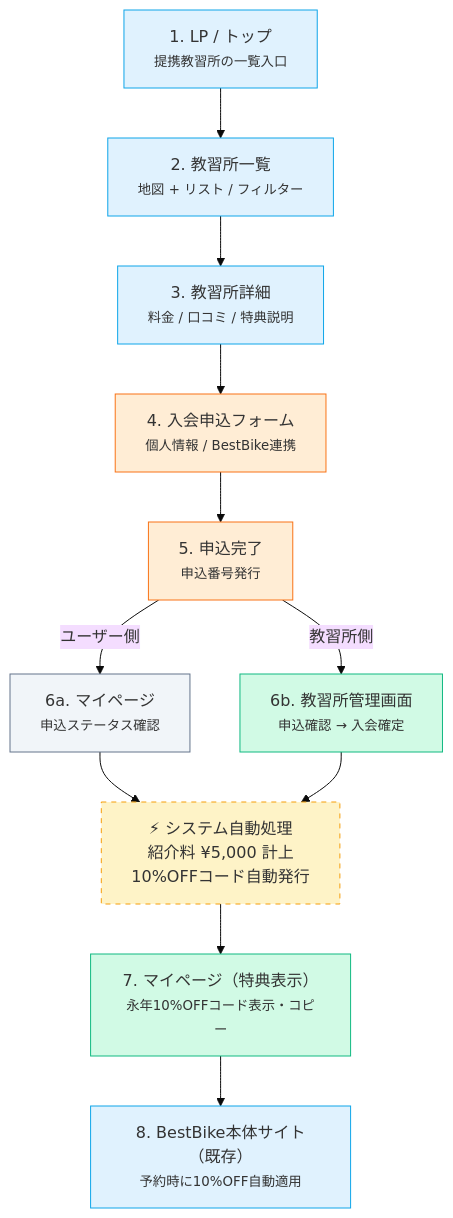
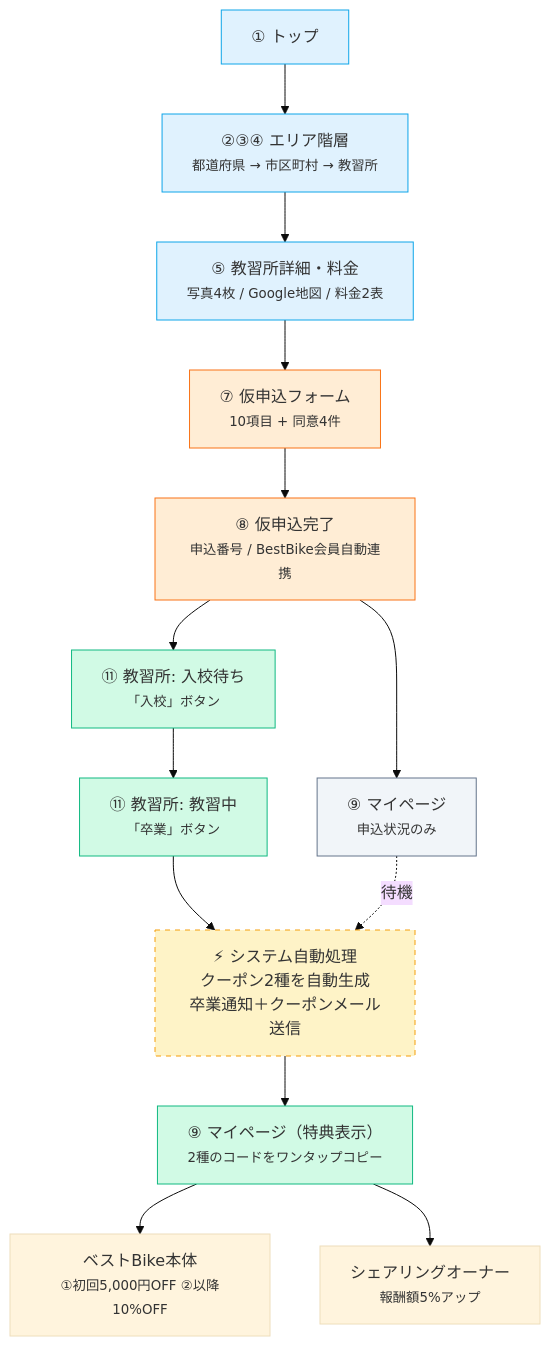
Before and after one commit to Sho0922/bestbike_matching-: the second of 3 diagrams in docs/02_screen-spec.md, drawn with Mermaid (base theme). The commit also changed other lines of this file and 10 other files, not shown here.

````diff
--- a/docs/02_screen-spec.md
+++ b/docs/02_screen-spec.md
@@ -44,31 +56,32 @@
 ```mermaid
 flowchart TD
-  S1["1. LP / トップ<br/><small>提携教習所の一覧入口</small>"]
-  S2["2. 教習所一覧<br/><small>地図 + リスト / フィルター</small>"]
-  S3["3. 教習所詳細<br/><small>料金 / 口コミ / 特典説明</small>"]
-  S4["4. 入会申込フォーム<br/><small>個人情報 / BestBike連携</small>"]
-  S5["5. 申込完了<br/><small>申込番号発行</small>"]
-  S6a["6a. マイページ<br/><small>申込ステータス確認</small>"]
-  S6b["6b. 教習所管理画面<br/><small>申込確認 → 入会確定</small>"]
-  AUTO["⚡ システム自動処理<br/>紹介料 ¥5,000 計上<br/>10%OFFコード自動発行"]
-  S7["7. マイページ（特典表示）<br/><small>永年10%OFFコード表示・コピー</small>"]
-  S8["8. BestBike本体サイト（既存）<br/><small>予約時に10%OFF自動適用</small>"]
+  S1["① トップ"]
+  S2["②③④ エリア階層<br/><small>都道府県 → 市区町村 → 教習所</small>"]
+  S3["⑤ 教習所詳細・料金<br/><small>写真4枚 / Google地図 / 料金2表</small>"]
+  S4["⑦ 仮申込フォーム<br/><small>10項目 + 同意4件</small>"]
+  S5["⑧ 仮申込完了<br/><small>申込番号 / BestBike会員自動連携</small>"]
+  S6["⑨ マイページ<br/><small>申込状況のみ</small>"]
+  SS1["⑪ 教習所: 入校待ち<br/><small>「入校」ボタン</small>"]
+  SS2["⑪ 教習所: 教習中<br/><small>「卒業」ボタン</small>"]
+  AUTO["⚡ システム自動処理<br/>クーポン2種を自動生成<br/>卒業通知＋クーポンメール送信"]
+  S7["⑨ マイページ（特典表示）<br/><small>2種のコードをワンタップコピー</small>"]
+  S8["ベストBike本体<br/><small>①初回5,000円OFF ②以降10%OFF</small>"]
+  S9["シェアリングオーナー<br/><small>報酬額5%アップ</small>"]
 
-  S1 --> S2 --> S3 --> S4 --> S5
-  S5 -->|ユーザー側| S6a
-  S5 -->|教習所側| S6b
-  S6a --> AUTO
-  S6b --> AUTO
+  S1 --> S2 --> S3 --> S4 --> S5 --> S6
+  S5 --> SS1 --> SS2 --> AUTO
+  S6 -.待機.-> AUTO
   AUTO --> S7 --> S8
+  S7 --> S9
 
   style S1 fill:#e0f2fe,stroke:#0ea5e9
   style S2 fill:#e0f2fe,stroke:#0ea5e9
   style S3 fill:#e0f2fe,stroke:#0ea5e9
   style S4 fill:#ffedd5,stroke:#f97316
   style S5 fill:#ffedd5,stroke:#f97316
-  style S6a fill:#f1f5f9,stroke:#64748b
-  style S6b fill:#d1fae5,stroke:#10b981
+  style S6 fill:#f1f5f9,stroke:#64748b
+  style SS1 fill:#d1fae5,stroke:#10b981
+  style SS2 fill:#d1fae5,stroke:#10b981
   style AUTO fill:#fef3c7,stroke:#f59e0b,stroke-dasharray: 5 5
   style S7 fill:#d1fae5,stroke:#10b981
-  style S8 fill:#e0f2fe,stroke:#0ea5e9
 ```
````
